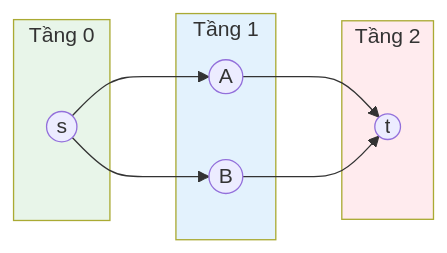
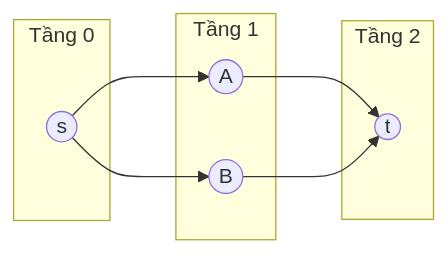
The fourth of 5 diagrams in docs/lessons/network-flow.md (FPTOJ-OJ/fptoj_wiki), drawn with Mermaid before and after one commit. The commit also changed other lines of this file and 18 other files, not shown here.

First line of the commit message:
fix: LaTeX errors, mermaid theme switching, remove custom colors

````diff
--- a/docs/lessons/network-flow.md
+++ b/docs/lessons/network-flow.md
@@ -332,21 +422,17 @@
 ```mermaid
 graph LR
     subgraph L0["Tầng 0"]
         s((s))
     end
     subgraph L1["Tầng 1"]
         A((A))
         B((B))
     end
     subgraph L2["Tầng 2"]
         t((t))
     end
     s --> A
     s --> B
     A --> t
     B --> t
-
-    style L0 fill:#e8f5e9
-    style L1 fill:#e3f2fd
-    style L2 fill:#ffebee
 ```
````
